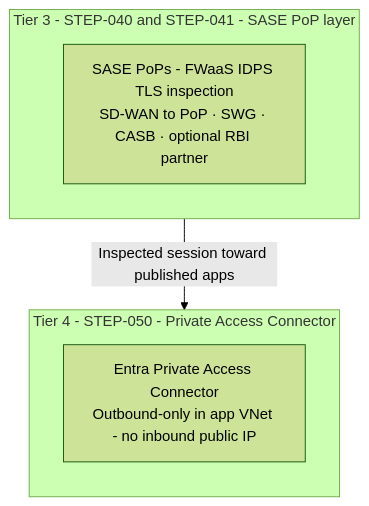
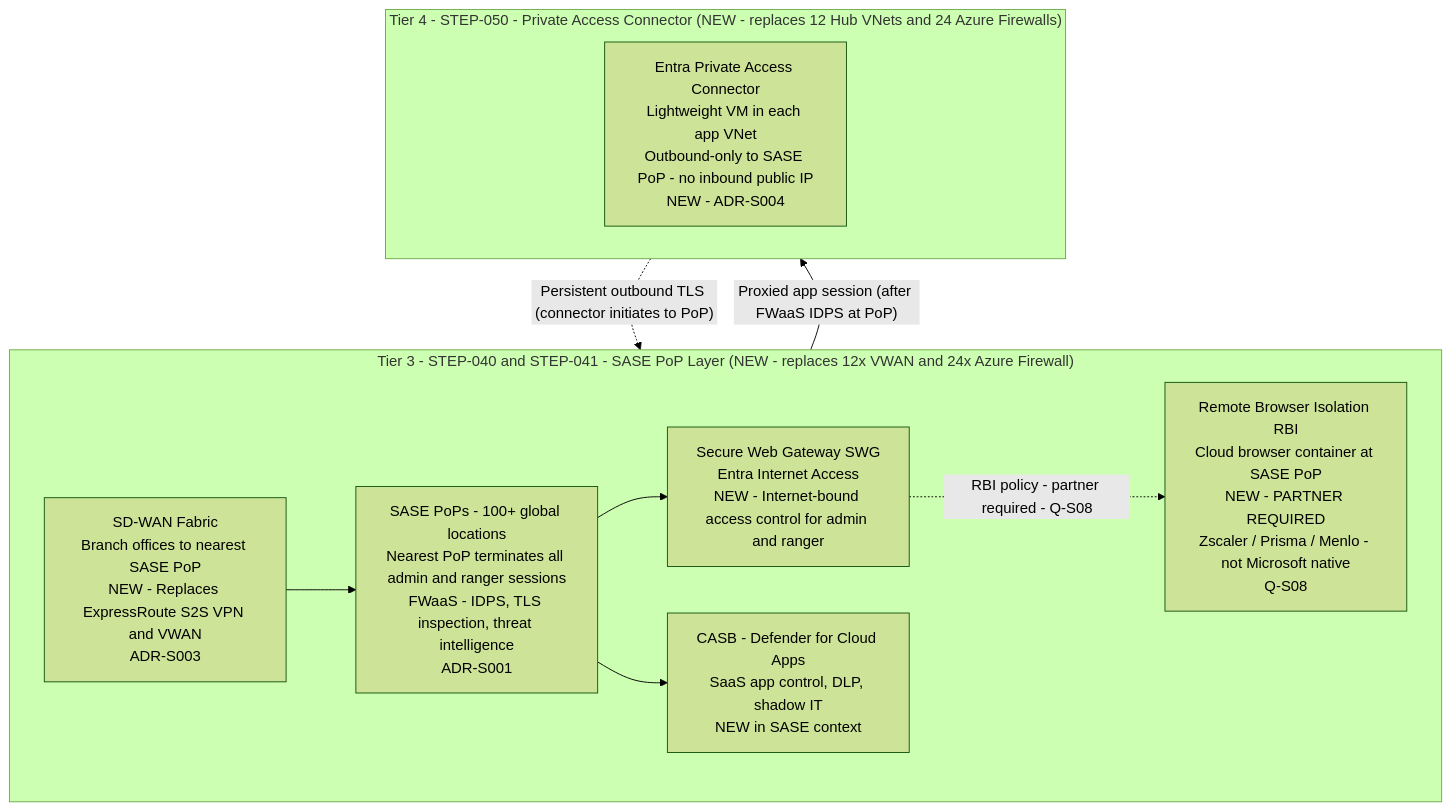
Before and after one commit to baskar-commits/globalparks-cloud-network-security: the diagram in docs/diagrams/sase-section4-t3-t4.mmd, drawn with Mermaid (forest theme). The commit also changed 7 other files, not shown here.

```diff
--- a/docs/diagrams/sase-section4-t3-t4.mmd
+++ b/docs/diagrams/sase-section4-t3-t4.mmd
@@ -1,10 +1,24 @@
+%% Auto-generated from sase-networking-flowchart.html (T3/T4 subgraphs + edges between their nodes). Regenerate: node scripts/export-sase-section4-diagram.cjs
+
 flowchart TB
-    subgraph T3["Tier 3 - STEP-040 and STEP-041 - SASE PoP layer"]
-        direction TB
-        POP["SASE PoPs - FWaaS IDPS TLS inspection\nSD-WAN to PoP · SWG · CASB · optional RBI partner"]
+
+subgraph T3["Tier 3 - STEP-040 and STEP-041 - SASE PoP Layer (NEW - replaces 12x VWAN and 24x Azure Firewall)"]
+        direction LR
+        SASEPOP["SASE PoPs - 100+ global locations\nNearest PoP terminates all admin and ranger sessions\nFWaaS - IDPS, TLS inspection, threat intelligence\nADR-S001"]
+        SDWAN["SD-WAN Fabric\nBranch offices to nearest SASE PoP\nNEW - Replaces ExpressRoute S2S VPN and VWAN\nADR-S003"]
+        SWG["Secure Web Gateway SWG\nEntra Internet Access\nNEW - Internet-bound access control for admin and ranger"]
+        CASB["CASB - Defender for Cloud Apps\nSaaS app control, DLP, shadow IT\nNEW in SASE context"]
+        RBI["Remote Browser Isolation RBI\nCloud browser container at SASE PoP\nNEW - PARTNER REQUIRED\nZscaler / Prisma / Menlo - not Microsoft native\nQ-S08"]
     end
-    subgraph T4["Tier 4 - STEP-050 - Private Access Connector"]
-        direction TB
-        PAC["Entra Private Access Connector\nOutbound-only in app VNet - no inbound public IP"]
+
+subgraph T4["Tier 4 - STEP-050 - Private Access Connector (NEW - replaces 12 Hub VNets and 24 Azure Firewalls)"]
+        direction LR
+        PACONN["Entra Private Access Connector\nLightweight VM in each app VNet\nOutbound-only to SASE PoP - no inbound public IP\nNEW - ADR-S004"]
     end
-    POP -->|"Inspected session toward published apps"| PAC
+
+    SDWAN --> SASEPOP
+    SASEPOP -->|"Proxied app session (after FWaaS IDPS at PoP)"| PACONN
+    PACONN -.->|"Persistent outbound TLS (connector initiates to PoP)"| SASEPOP
+    SASEPOP --> SWG
+    SASEPOP --> CASB
+    SWG -.->|"RBI policy - partner required - Q-S08"| RBI
```
